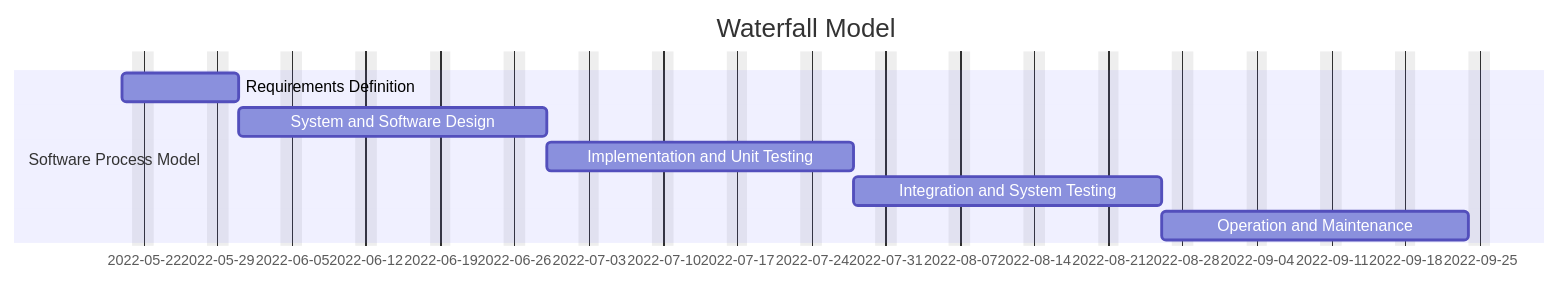
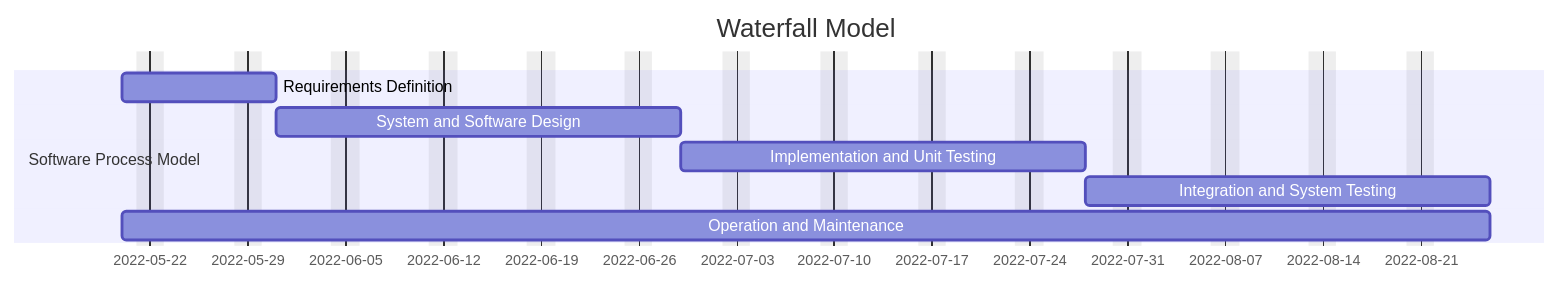
Before and after one commit to ngot8/APC_Lab2: the diagram in ngo_waterfall.md, drawn with Mermaid. The commit also changed other lines of this file, not shown here.

````diff
--- a/ngo_waterfall.md
+++ b/ngo_waterfall.md
@@ -1,13 +1,13 @@
 ```mermaid
 gantt
 dateFormat  YYYY-MM-DD
 title Waterfall Model
 excludes  weekends
 
 section Software Process Model
 Requirements Definition               :         des1, 2022-05-20, 2022-05-31
 System and Software Design            :         des2, 2022-05-31, 3w
 Implementation and Unit Testing       :         des3, after des2, 3w
 Integration and System Testing        :         des4, after des3, 3w
-Operation and Maintenance             :         des5, after des4, 3w
+Operation and Maintenance             :         des5, 2022-05-20, 10w
 ```
````
